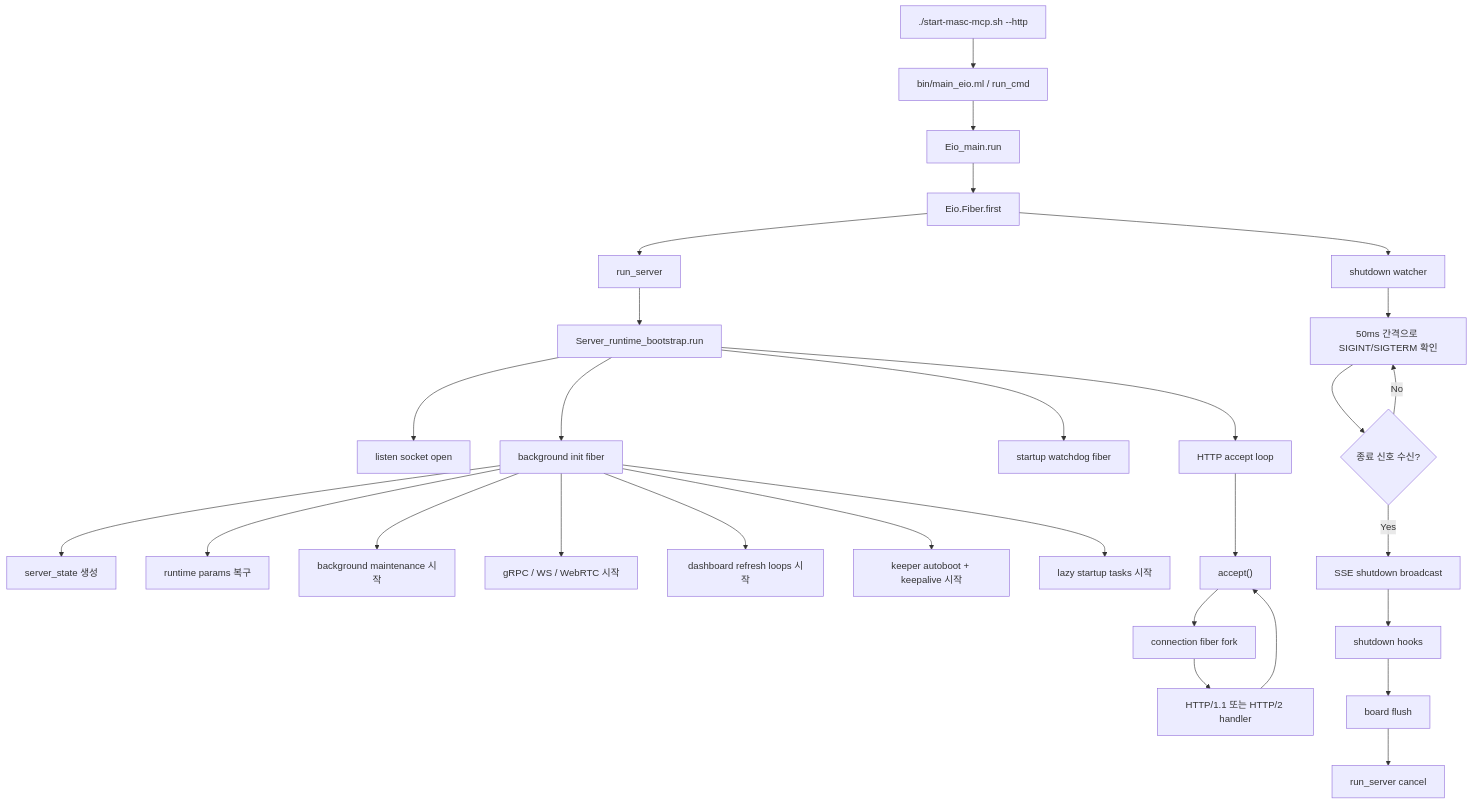
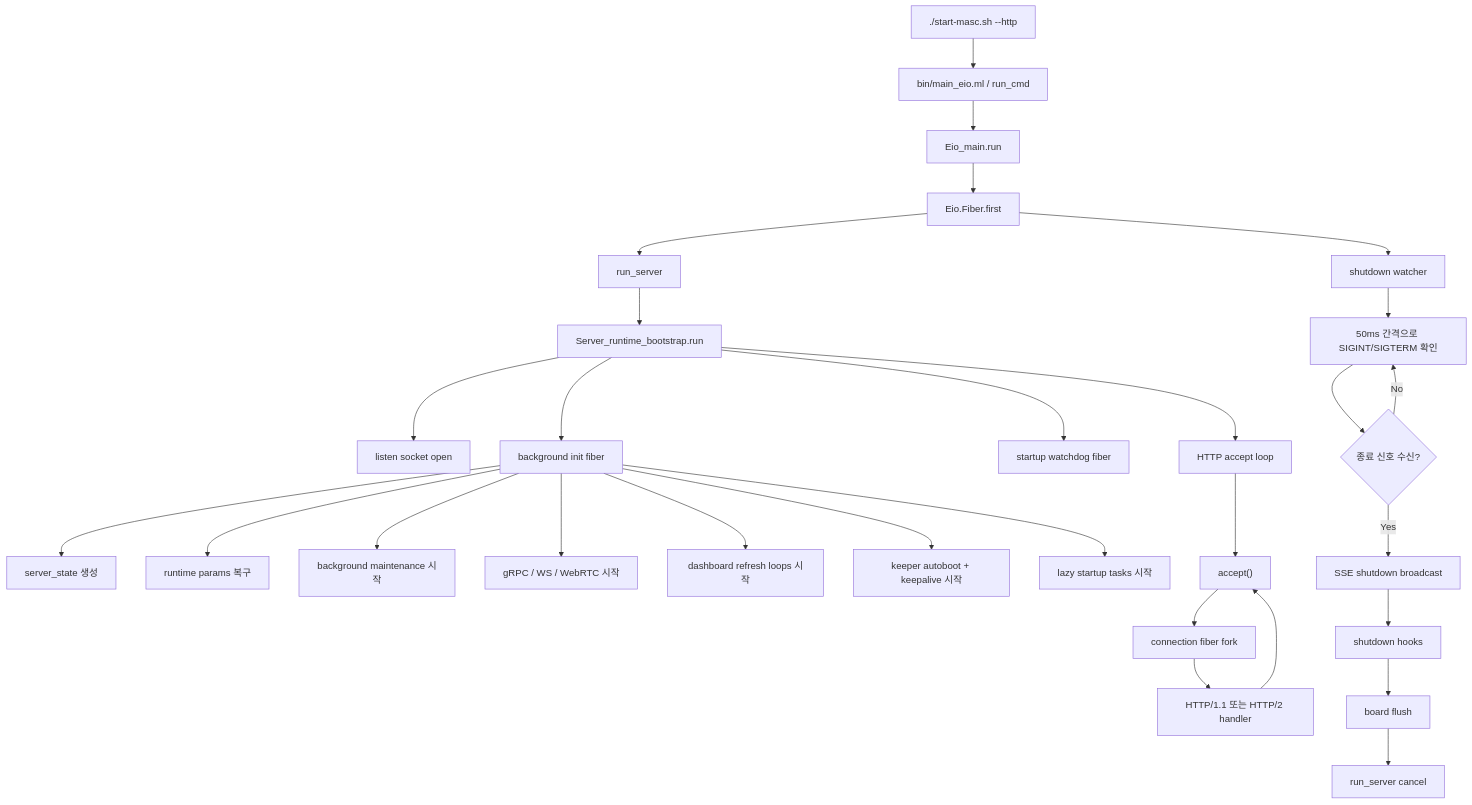
Before and after one commit to jeong-sik/masc: the first of 2 diagrams in docs/QUICK-START.md, drawn with Mermaid. The commit also changed other lines of this file and 35 other files, not shown here.

Commit message:
docs: rename masc-mcp → masc in root docs and docs/ top-level (1/3) (#19882)

````diff
--- a/docs/QUICK-START.md
+++ b/docs/QUICK-START.md
@@ -47,35 +47,35 @@
 ```mermaid
 flowchart TD
-    A["./start-masc-mcp.sh --http"] --> B["bin/main_eio.ml / run_cmd"]
+    A["./start-masc.sh --http"] --> B["bin/main_eio.ml / run_cmd"]
     B --> C["Eio_main.run"]
     C --> D["Eio.Fiber.first"]
     D --> E["run_server"]
     D --> F["shutdown watcher"]
 
     E --> G["Server_runtime_bootstrap.run"]
     G --> H["listen socket open"]
     G --> I["background init fiber"]
     G --> J["startup watchdog fiber"]
     G --> K["HTTP accept loop"]
 
     I --> I1["server_state 생성"]
     I --> I2["runtime params 복구"]
     I --> I3["background maintenance 시작"]
     I --> I4["gRPC / WS / WebRTC 시작"]
     I --> I5["dashboard refresh loops 시작"]
     I --> I6["keeper autoboot + keepalive 시작"]
     I --> I7["lazy startup tasks 시작"]
 
     K --> K1["accept()"]
     K1 --> K2["connection fiber fork"]
     K2 --> K3["HTTP/1.1 또는 HTTP/2 handler"]
     K3 --> K1
 
     F --> F1["50ms 간격으로 SIGINT/SIGTERM 확인"]
     F1 --> F2{"종료 신호 수신?"}
     F2 -- No --> F1
     F2 -- Yes --> F3["SSE shutdown broadcast"]
     F3 --> F4["shutdown hooks"]
     F4 --> F5["board flush"]
     F5 --> F6["run_server cancel"]
 ```
````
